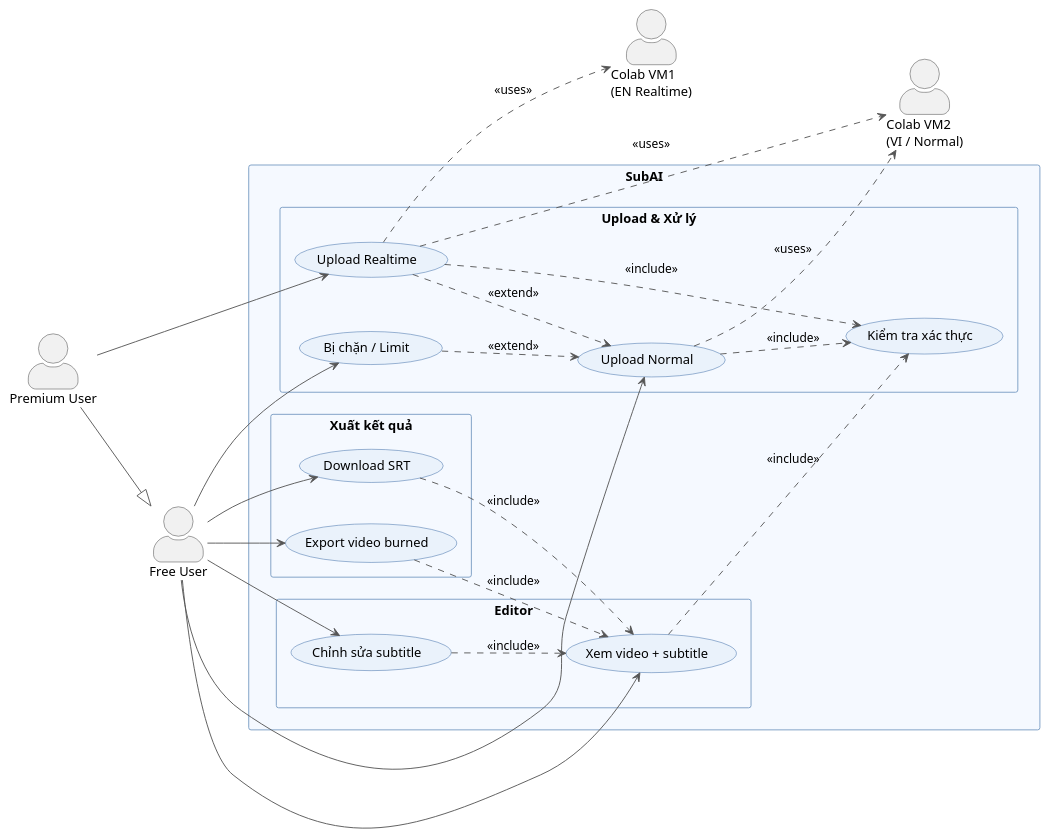
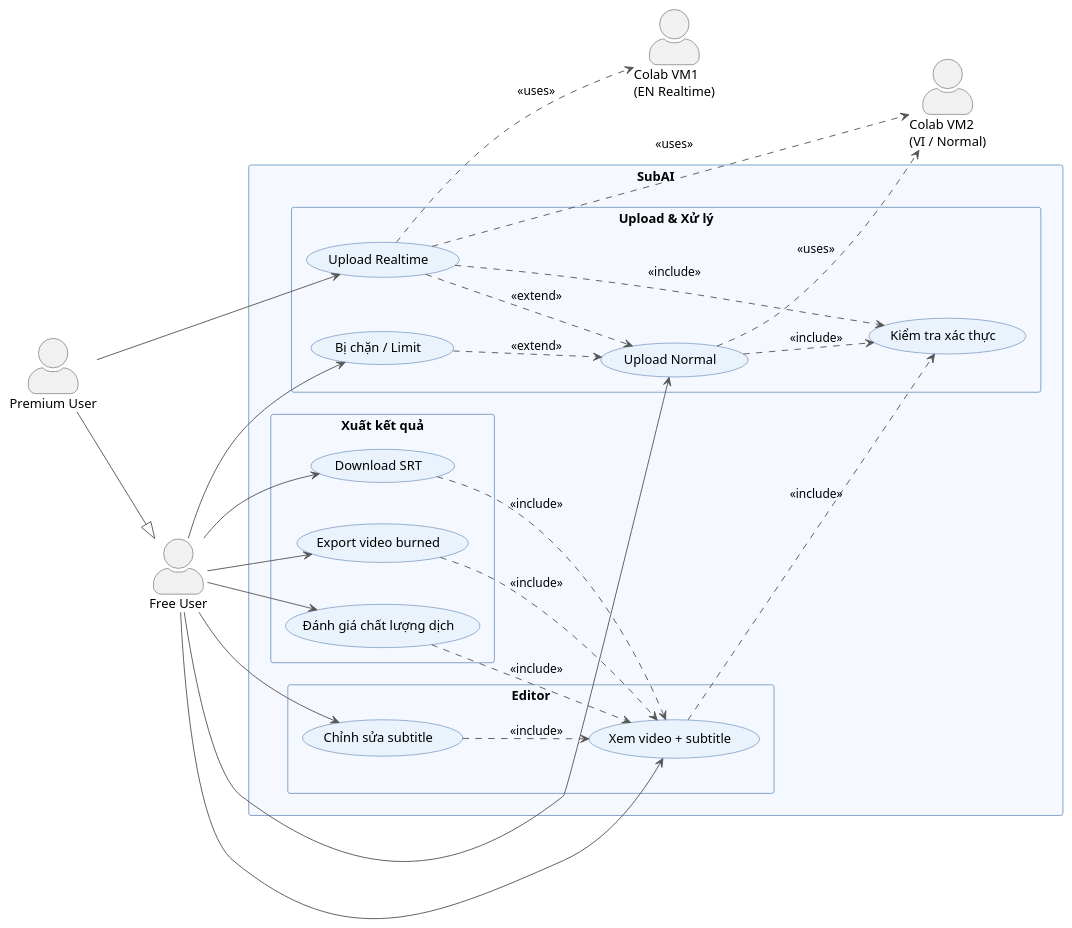
The second of 3 diagrams in docs/usecase-diagram.md (SonDinh1129/subtitle-project), drawn with PlantUML before and after one commit. The commit also changed other lines of this file and 4 other files, not shown here.

````diff
--- a/docs/usecase-diagram.md
+++ b/docs/usecase-diagram.md
@@ -65,75 +65,78 @@
 ```plantuml
 @startuml SubAI_Core
 
 skinparam actorStyle awesome
 skinparam packageStyle rectangle
 skinparam usecaseBorderColor #2C5F9E
 skinparam usecaseBackgroundColor #EAF2FB
 skinparam packageBorderColor #7A9CC4
 skinparam packageBackgroundColor #F5F9FF
 skinparam packageFontStyle bold
 skinparam arrowColor #555555
 skinparam actorBorderColor #333333
 skinparam shadowing false
 skinparam nodesep 45
 skinparam ranksep 55
 
 left to right direction
 
 actor "Free User"     as Free
 actor "Premium User"  as Premium
 actor "Colab VM1\n(EN Realtime)" as VM1
 actor "Colab VM2\n(VI / Normal)" as VM2
 
 Premium --|> Free
 
 rectangle "SubAI" {
 
   package "Upload & Xử lý" {
     usecase "Upload Normal "  as UC12
     usecase "Upload Realtime "   as UC32
     usecase "Bị chặn / Limit "  as UC14
     usecase "Kiểm tra xác thực "   as UC11
   }
 
   package "Editor" {
     usecase "Xem video + subtitle "     as UC17
     usecase "Chỉnh sửa subtitle " as UC18
   }
 
   package "Xuất kết quả" {
-    usecase "Download SRT "     as UC26
-    usecase "Export video burned " as UC28
+    usecase "Download SRT "              as UC26
+    usecase "Export video burned "       as UC28
+    usecase "Đánh giá chất lượng dịch " as UC41
   }
 
 }
 
 ' Actors → Use Cases
 Free    --> UC12
 Free    --> UC14
 Free    --> UC17
 Free    --> UC18
 Free    --> UC26
 Free    --> UC28
+Free    --> UC41
 Premium --> UC32
 
 ' Hệ thống ngoài
 UC12 ..> VM2 : <<uses>>
 UC32 ..> VM1 : <<uses>>
 UC32 ..> VM2 : <<uses>>
 
 ' <<include>>
 UC12 ..> UC11 : <<include>>
 UC32 ..> UC11 : <<include>>
 UC17 ..> UC11 : <<include>>
 
 UC18 ..> UC17 : <<include>>
 UC26 ..> UC17 : <<include>>
 UC28 ..> UC17 : <<include>>
+UC41 ..> UC17 : <<include>>
 
 ' <<extend>>
 UC14 ..> UC12 : <<extend>>
 UC32 ..> UC12 : <<extend>>
 
 @enduml
 ```
````
